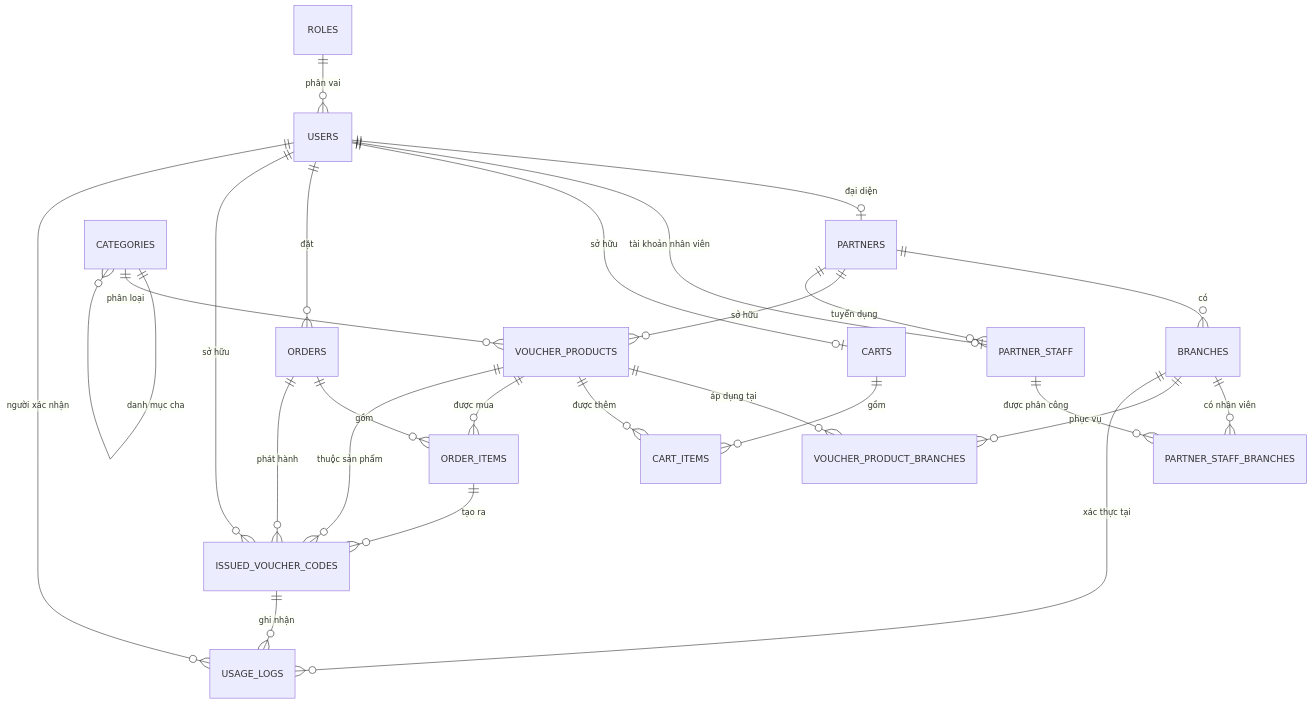
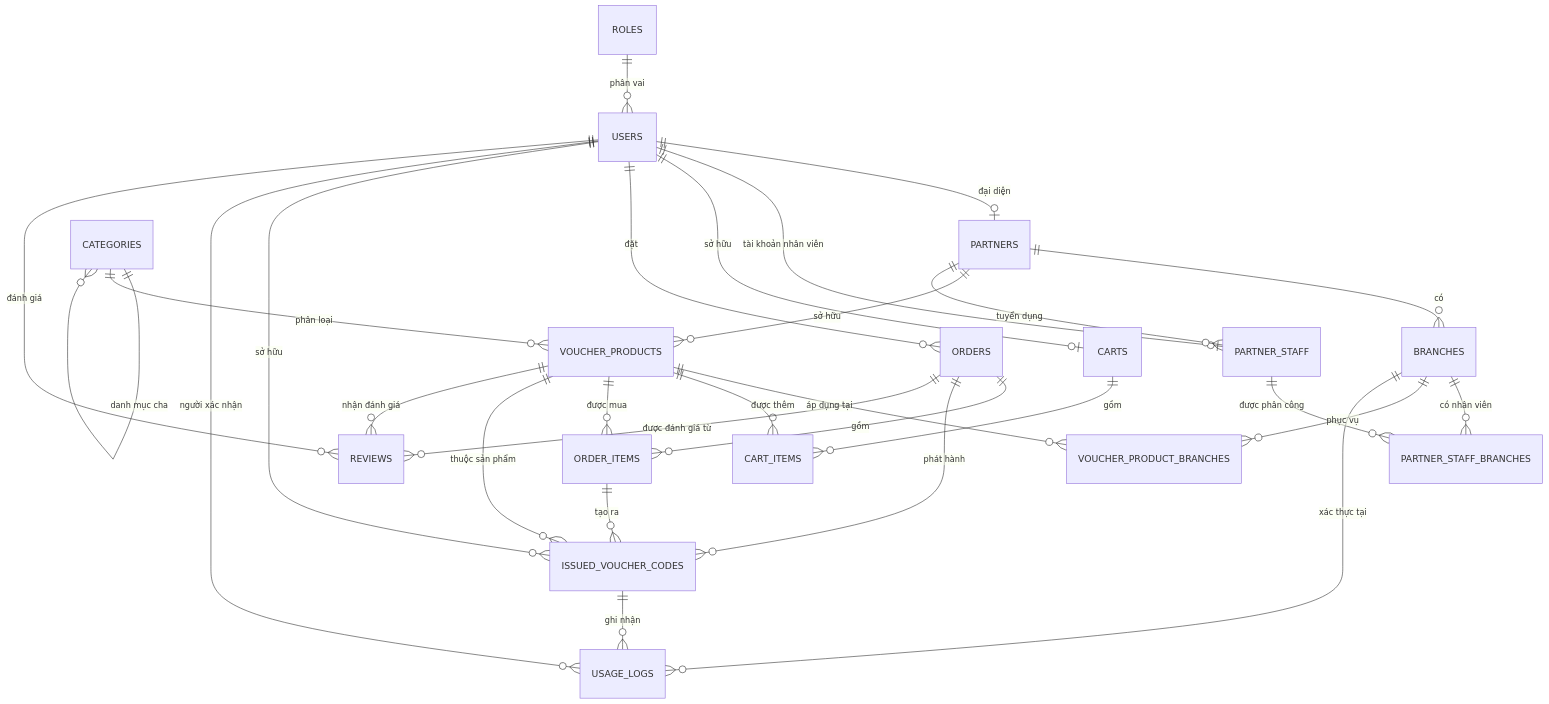
Before and after one commit to hoopyTL/EC-VoucherHub: the diagram in docs/05-database-design/README.md, drawn with Mermaid. The commit also changed other lines of this file and 3 other files, not shown here.

````diff
--- a/docs/05-database-design/README.md
+++ b/docs/05-database-design/README.md
@@ -41,35 +41,39 @@
 ```mermaid
 erDiagram
     ROLES ||--o{ USERS : "phân vai"
     USERS ||--o| PARTNERS : "đại diện"
     USERS ||--o| PARTNER_STAFF : "tài khoản nhân viên"
     USERS ||--o| CARTS : "sở hữu"
     USERS ||--o{ ORDERS : "đặt"
     USERS ||--o{ ISSUED_VOUCHER_CODES : "sở hữu"
     USERS ||--o{ USAGE_LOGS : "người xác nhận"
+    USERS ||--o{ REVIEWS : "đánh giá"
 
     PARTNERS ||--o{ BRANCHES : "có"
     PARTNERS ||--o{ VOUCHER_PRODUCTS : "sở hữu"
     PARTNERS ||--o{ PARTNER_STAFF : "tuyển dụng"
     PARTNER_STAFF ||--o{ PARTNER_STAFF_BRANCHES : "được phân công"
     BRANCHES ||--o{ PARTNER_STAFF_BRANCHES : "có nhân viên"
 
     CATEGORIES ||--o{ CATEGORIES : "danh mục cha"
     CATEGORIES ||--o{ VOUCHER_PRODUCTS : "phân loại"
 
     VOUCHER_PRODUCTS ||--o{ VOUCHER_PRODUCT_BRANCHES : "áp dụng tại"
     BRANCHES ||--o{ VOUCHER_PRODUCT_BRANCHES : "phục vụ"
 
     CARTS ||--o{ CART_ITEMS : "gồm"
     VOUCHER_PRODUCTS ||--o{ CART_ITEMS : "được thêm"
 
     ORDERS ||--o{ ORDER_ITEMS : "gồm"
     VOUCHER_PRODUCTS ||--o{ ORDER_ITEMS : "được mua"
 
     ORDERS ||--o{ ISSUED_VOUCHER_CODES : "phát hành"
     ORDER_ITEMS ||--o{ ISSUED_VOUCHER_CODES : "tạo ra"
     VOUCHER_PRODUCTS ||--o{ ISSUED_VOUCHER_CODES : "thuộc sản phẩm"
 
     ISSUED_VOUCHER_CODES ||--o{ USAGE_LOGS : "ghi nhận"
     BRANCHES ||--o{ USAGE_LOGS : "xác thực tại"
+
+    VOUCHER_PRODUCTS ||--o{ REVIEWS : "nhận đánh giá"
+    ORDERS ||--o{ REVIEWS : "được đánh giá từ"
 ```
````
